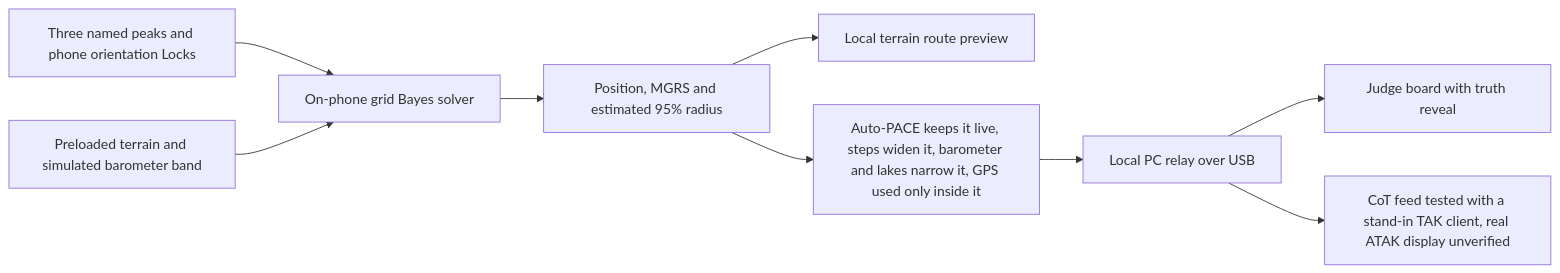
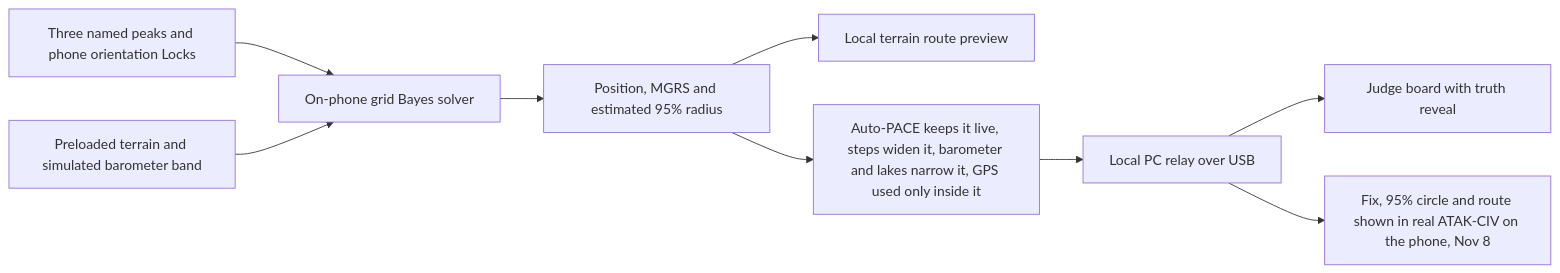
Before and after one commit to CodeMetalForge-Hackathon/Team-08-RIDGELINE: the diagram in README.md, drawn with Mermaid. The commit also changed other lines of this file and 3 other files, not shown here.

First line of the commit message:
Real ATAK-CIV showed the fix, its 95% circle and the route on the phone

````diff
--- a/README.md
+++ b/README.md
@@ -62,11 +62,11 @@
 ```mermaid
 flowchart LR
     A[Three named peaks and phone orientation Locks] --> C[On-phone grid Bayes solver]
     B[Preloaded terrain and simulated barometer band] --> C
     C --> D[Position, MGRS and estimated 95% radius]
     D --> E[Local terrain route preview]
     D --> P[Auto-PACE keeps it live, steps widen it, barometer and lakes narrow it, GPS used only inside it]
     P --> F[Local PC relay over USB]
     F --> G[Judge board with truth reveal]
-    F --> H[CoT feed tested with a stand-in TAK client, real ATAK display unverified]
+    F --> H[Fix, 95% circle and route shown in real ATAK-CIV on the phone, Nov 8]
 ```
````
